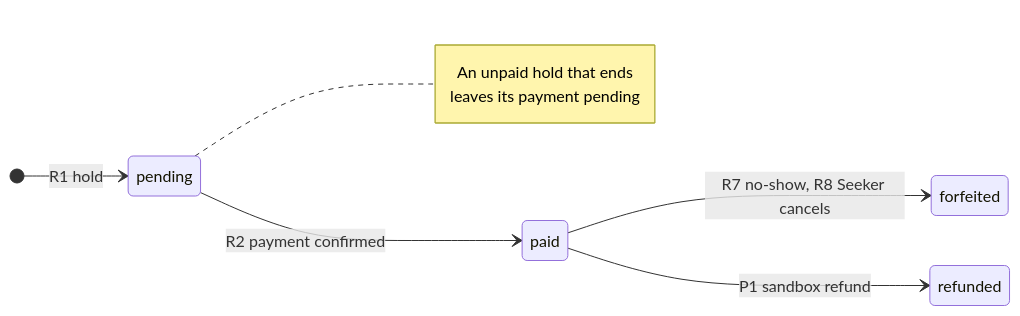
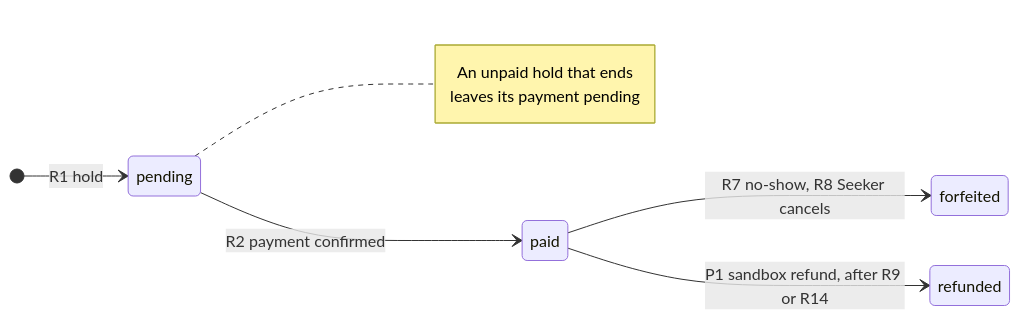
The second of 3 diagrams in docs/flows/reservation-lifecycle.md (dreeyanzz/studyhub), drawn with Mermaid before and after one commit. The commit also changed other lines of this file and 7 other files, not shown here.

First line of the commit message:
docs(STORY-00): change the space verification flow for sprint 3 (#346)

````diff
--- a/docs/flows/reservation-lifecycle.md
+++ b/docs/flows/reservation-lifecycle.md
@@ -85,12 +87,12 @@
 ```mermaid
 stateDiagram-v2
     direction LR
     [*] --> pending: R1 hold
     pending --> paid: R2 payment confirmed
     paid --> forfeited: R7 no-show, R8 Seeker cancels
-    paid --> refunded: P1 sandbox refund
+    paid --> refunded: P1 sandbox refund, after R9 or R14
     note right of pending
         An unpaid hold that ends
         leaves its payment pending
     end note
 ```
````
